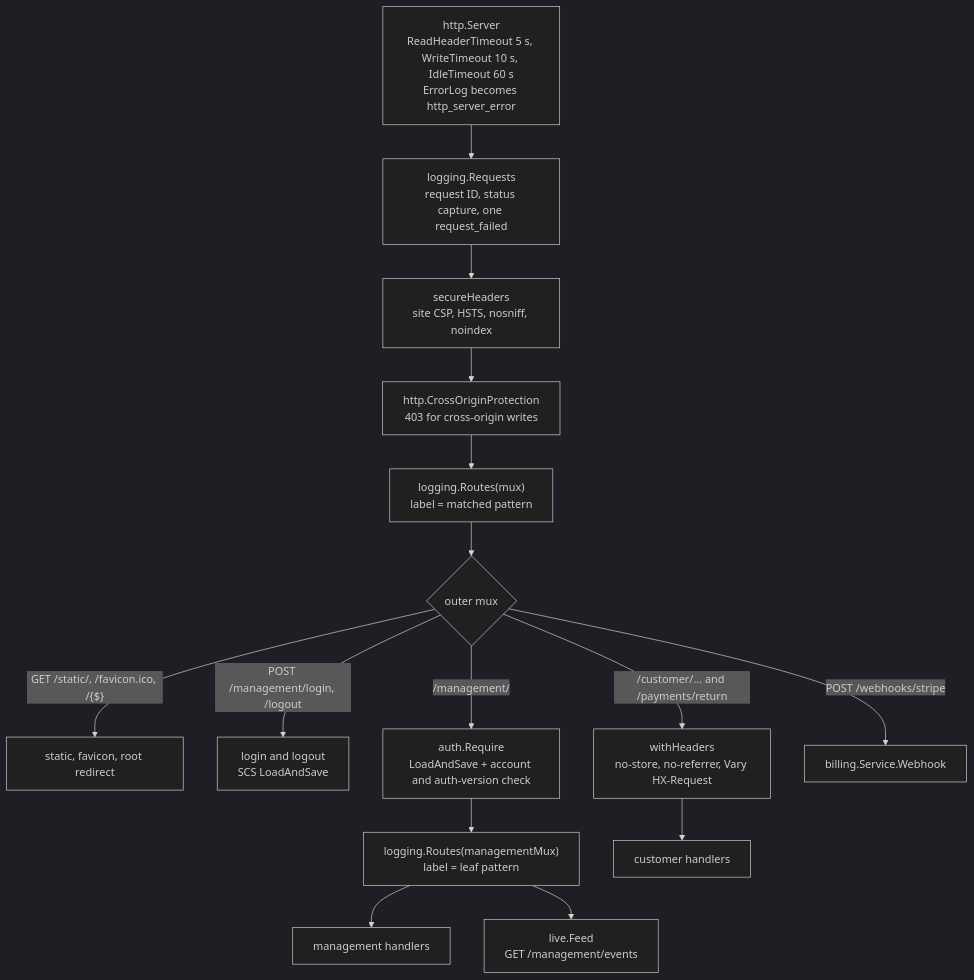
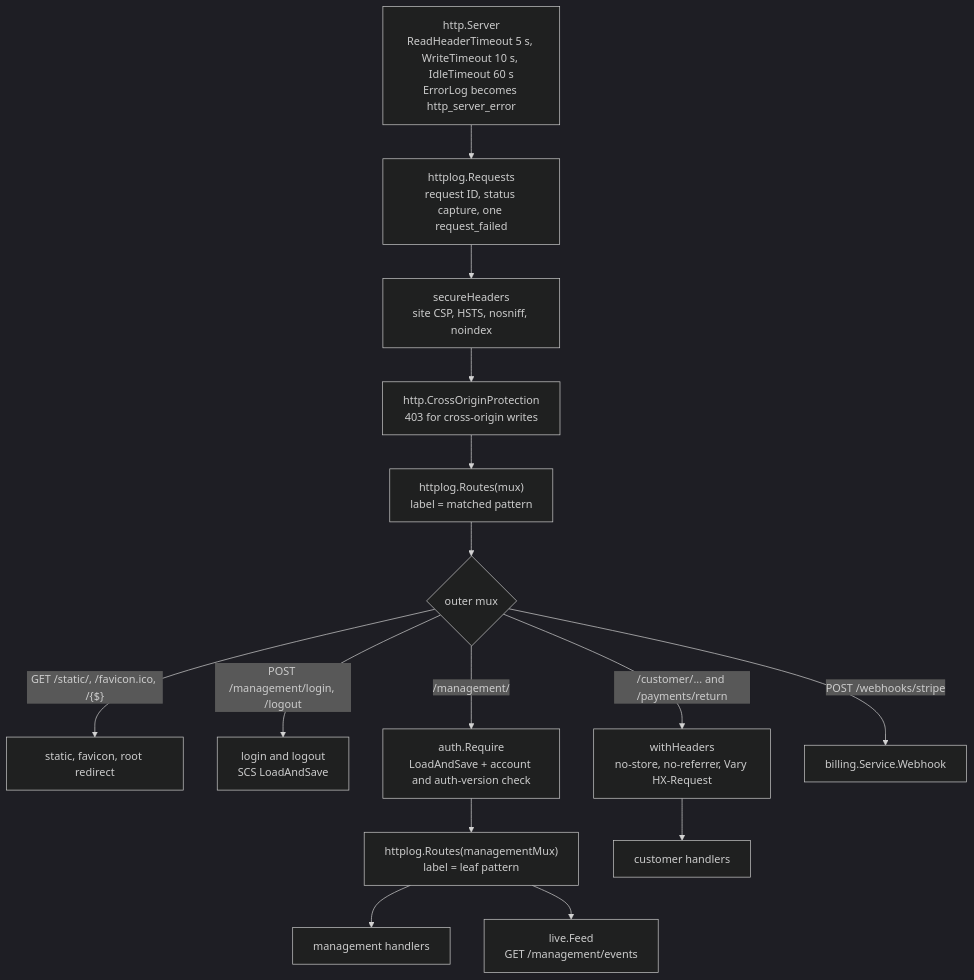
The third of 3 diagrams in docs/architecture.md (devGabriel131/ProjectHermes), drawn with Mermaid (dark theme) before and after one commit. The commit also changed other lines of this file and 34 other files, not shown here.

````diff
--- a/docs/architecture.md
+++ b/docs/architecture.md
@@ -163,27 +171,27 @@
 ```mermaid
 flowchart TD
   conn["http.Server\nReadHeaderTimeout 5 s, WriteTimeout 10 s, IdleTimeout 60 s\nErrorLog becomes http_server_error"]
-  req["logging.Requests\nrequest ID, status capture, one request_failed"]
+  req["httplog.Requests\nrequest ID, status capture, one request_failed"]
   sec["secureHeaders\nsite CSP, HSTS, nosniff, noindex"]
   cop["http.CrossOriginProtection\n403 for cross-origin writes"]
-  outer["logging.Routes(mux)\nlabel = matched pattern"]
+  outer["httplog.Routes(mux)\nlabel = matched pattern"]
   mux{"outer mux"}
   static["static, favicon, root redirect"]
   authh["login and logout\nSCS LoadAndSave"]
   require["auth.Require\nLoadAndSave + account and auth-version check"]
-  inner["logging.Routes(managementMux)\nlabel = leaf pattern"]
+  inner["httplog.Routes(managementMux)\nlabel = leaf pattern"]
   mgmt["management handlers"]
   feed["live.Feed\nGET /management/events"]
   hdr["withHeaders\nno-store, no-referrer, Vary HX-Request"]
   cust["customer handlers"]
   hook["billing.Service.Webhook"]
 
   conn --> req --> sec --> cop --> outer --> mux
   mux -->|"GET /static/, /favicon.ico, /{$}"| static
   mux -->|"POST /management/login, /logout"| authh
   mux -->|"/management/"| require --> inner
   inner --> mgmt
   inner --> feed
   mux -->|"/customer/... and /payments/return"| hdr --> cust
   mux -->|"POST /webhooks/stripe"| hook
 ```
````
